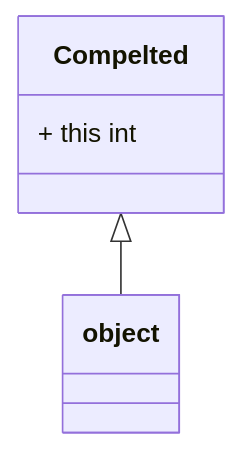
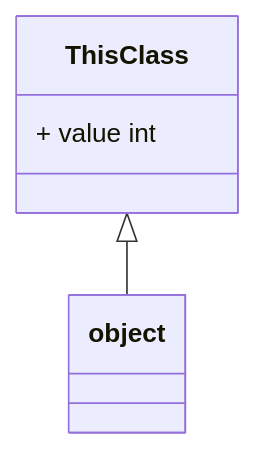
The second of 2 diagrams in output/design_doc.md (kesler20/draw-uml-backend), drawn with Mermaid before and after one commit. The commit also changed other lines of this file and 15 other files, not shown here.

````diff
--- a/output/design_doc.md
+++ b/output/design_doc.md
@@ -10,5 +10,5 @@
 ```mermaid
 classDiagram
-   Compelted <|-- object
-   Compelted : + this int
+   ThisClass <|-- object
+   ThisClass : + value int
 ```
````
